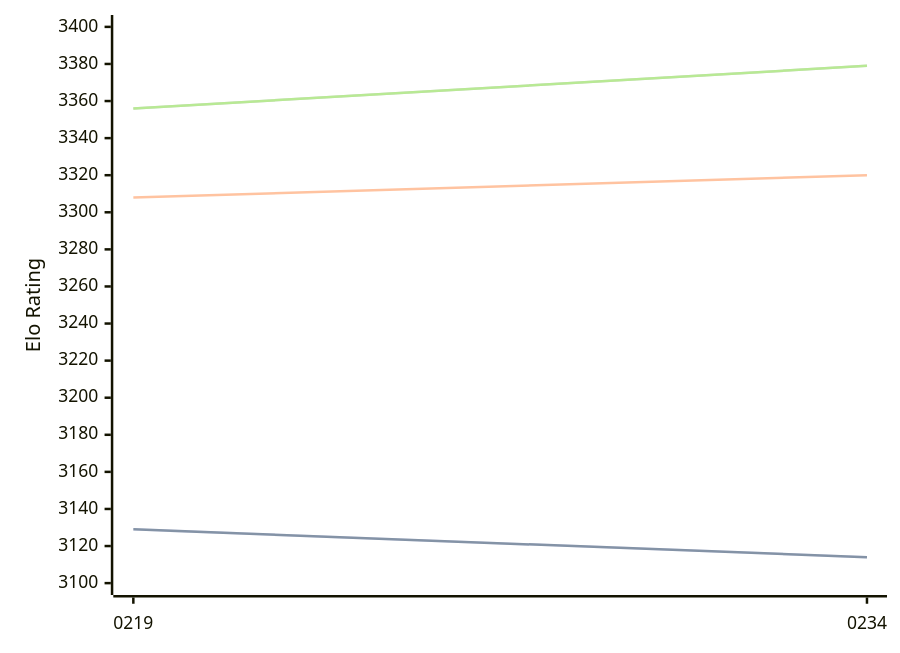
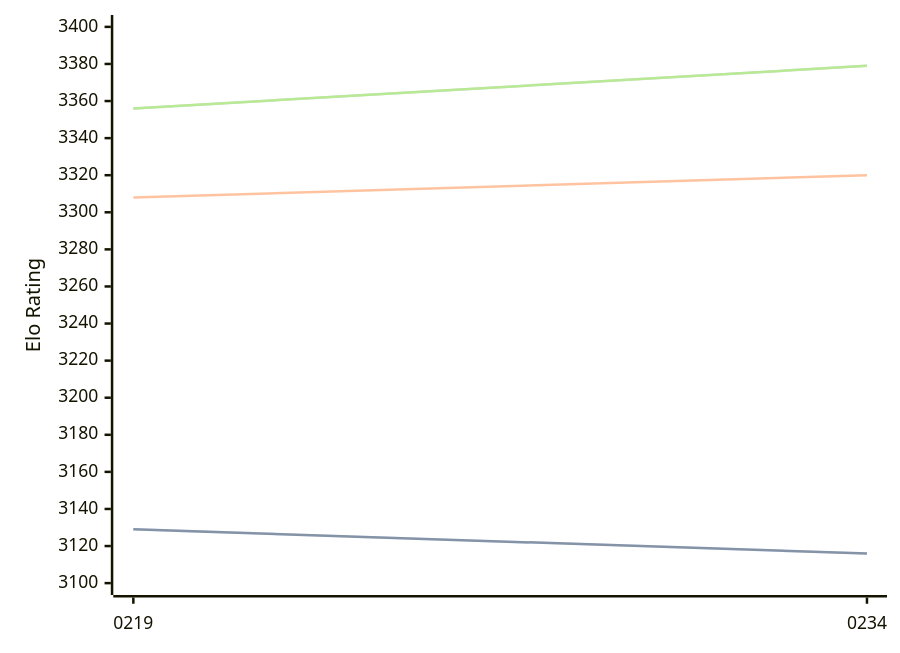
The first of 3 diagrams in engines/Ynode.md (computer-chess-index/cci), drawn with Mermaid before and after one commit. The commit also changed other lines of this file, not shown here.

````diff
--- a/engines/Ynode.md
+++ b/engines/Ynode.md
@@ -39,11 +39,11 @@
 ```mermaid
 %%{init: {"theme":"base","themeVariables":{"seriesColors:['#a3a3a3','#222221','#faa371']}}}%%
 xychart-beta
   x-axis ["0219", "0234"]
   y-axis "Elo Rating" 3100 --> 3400
-  line "STC (8.0+0.08s)" [3129, 3114]
-  line "STC (8.0+0.08s)" [3129, 3114]
+  line "STC (8.0+0.08s)" [3129, 3116]
+  line "STC (8.0+0.08s)" [3129, 3116]
   line "LTC (60.0+0.60s)" [3308, 3320]
   line "VLTC (2m24s+1.12s)" [3356, 3379]
   line "VLTC (2m24s+1.12s)" [3356, 3379]
 ```
````
